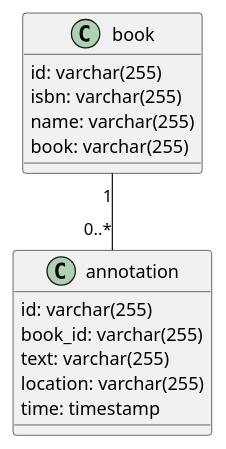
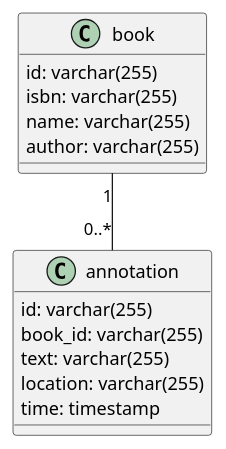
Before and after one commit to milanaleksic/tt-extractor-kindle: the diagram in docs/domain.puml, drawn with PlantUML. The commit also changed 3 other files, not shown here.

```diff
--- a/docs/domain.puml
+++ b/docs/domain.puml
@@ -1,16 +1,16 @@
 @startuml
 class book {
 {field} id: varchar(255)
 {field} isbn: varchar(255)
 {field} name: varchar(255)
-{field} book: varchar(255)
+{field} author: varchar(255)
 }
 class annotation {
 {field} id: varchar(255)
 {field} book_id: varchar(255)
 {field} text: varchar(255)
 {field} location: varchar(255)
 {field} time: timestamp
 }
 book "1" -- "0..*" annotation
 @enduml
```
